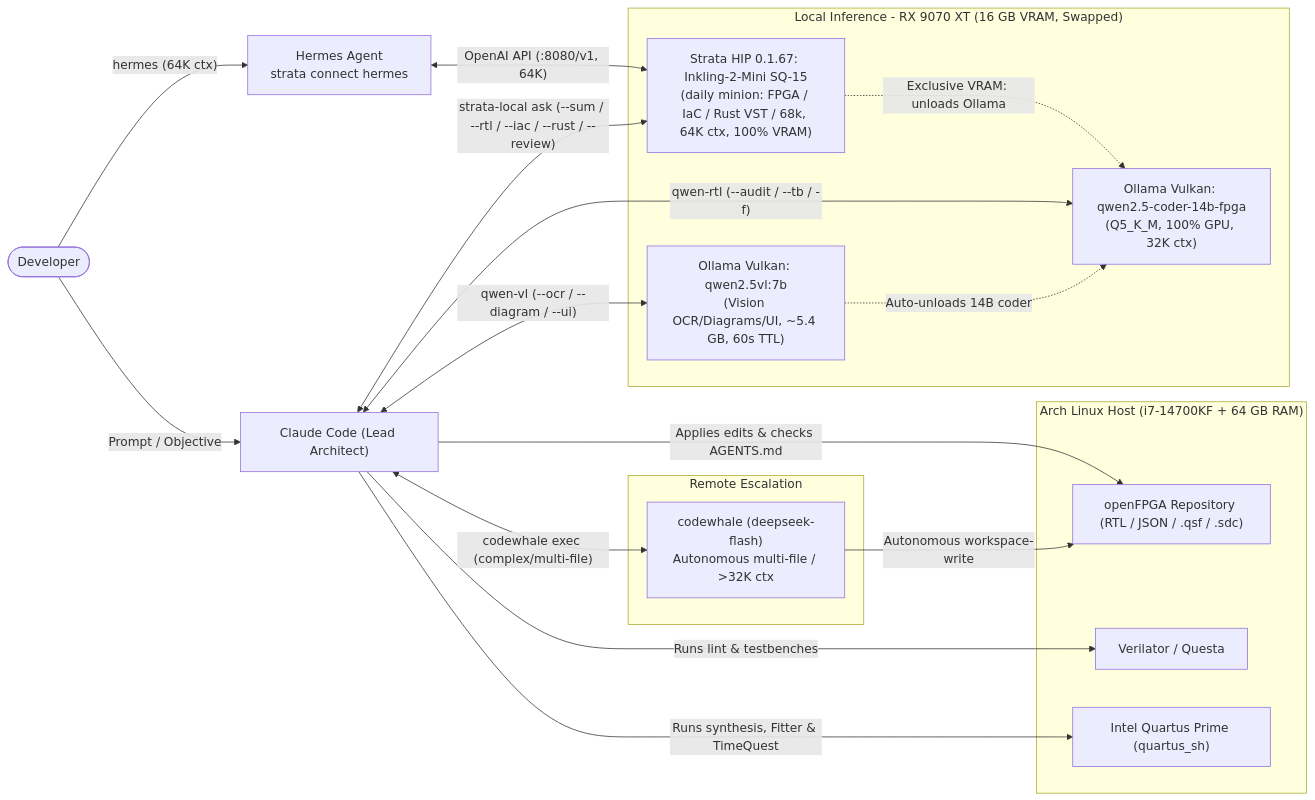
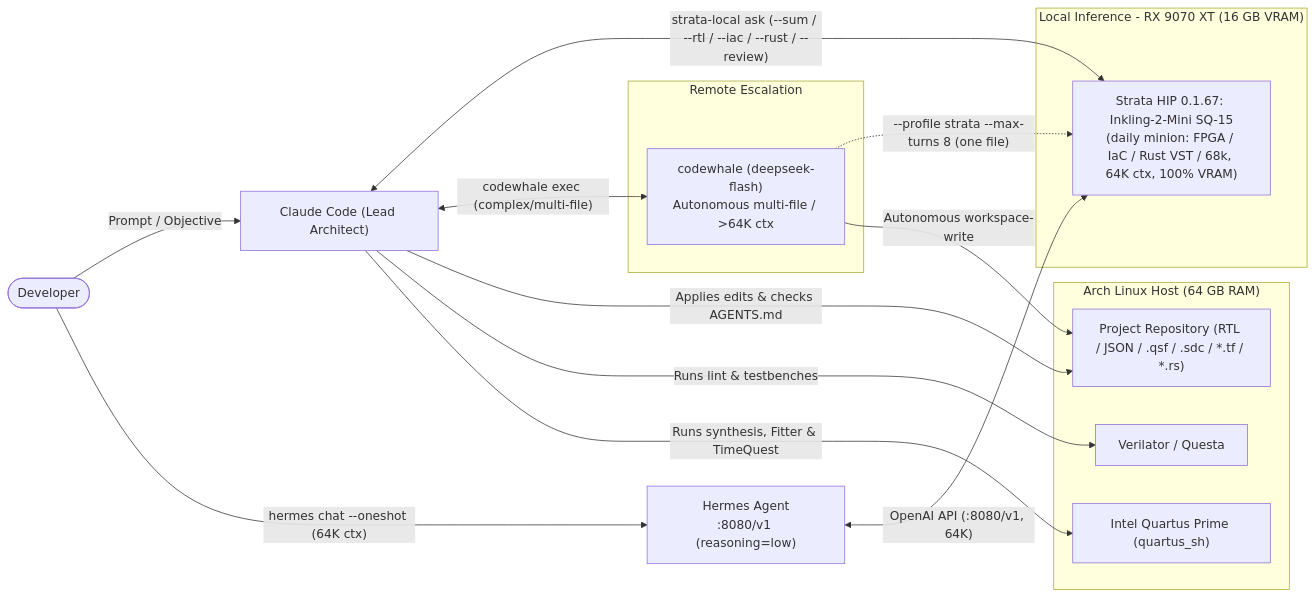
The first of 3 diagrams in docs/ai-fpga-workflow.md (DanimanX/9070FpgaIAWorkflow), drawn with Mermaid before and after one commit. The commit also changed other lines of this file and 1 other file, not shown here.

Commit message:
docs: remove Ollama/Qwen sections and simplify workflow to Strata Inkling-2-Mini + codewhale

````diff
--- a/docs/ai-fpga-workflow.md
+++ b/docs/ai-fpga-workflow.md
@@ -14,33 +14,28 @@
 ```mermaid
 flowchart LR
     Dev(["Developer"]) -->|"Prompt / Objective"| Claude["Claude Code (Lead Architect)"]
-    Dev -->|"hermes (64K ctx)"| Hermes["Hermes Agent<br/>strata connect hermes"]
+    Dev -->|"hermes chat --oneshot (64K ctx)"| Hermes["Hermes Agent<br/>:8080/v1 (reasoning=low)"]
 
-    subgraph LocalGPU["Local Inference - RX 9070 XT (16 GB VRAM, Swapped)"]
+    subgraph LocalGPU["Local Inference - RX 9070 XT (16 GB VRAM)"]
         Strata["Strata HIP 0.1.67: Inkling-2-Mini SQ-15<br/>(daily minion: FPGA / IaC / Rust VST / 68k, 64K ctx, 100% VRAM)"]
-        Qwen["Ollama Vulkan: qwen2.5-coder-14b-fpga<br/>(Q5_K_M, 100% GPU, 32K ctx)"]
-        QwenVL["Ollama Vulkan: qwen2.5vl:7b<br/>(Vision OCR/Diagrams/UI, ~5.4 GB, 60s TTL)"]
     end
 
     subgraph CloudAPI["Remote Escalation"]
-        CW["codewhale (deepseek-flash)<br/>Autonomous multi-file / >32K ctx"]
+        CW["codewhale (deepseek-flash)<br/>Autonomous multi-file / >64K ctx"]
     end
 
-    subgraph Toolchain["Arch Linux Host (i7-14700KF + 64 GB RAM)"]
-        FS["openFPGA Repository (RTL / JSON / .qsf / .sdc)"]
+    subgraph Toolchain["Arch Linux Host (64 GB RAM)"]
+        FS["Project Repository (RTL / JSON / .qsf / .sdc / *.tf / *.rs)"]
         Sim["Verilator / Questa"]
         Quartus["Intel Quartus Prime (quartus_sh)"]
     end
 
     Hermes <-->|"OpenAI API (:8080/v1, 64K)"| Strata
     Claude <-->|"strata-local ask (--sum / --rtl / --iac / --rust / --review)"| Strata
-    Strata -.->|"Exclusive VRAM: unloads Ollama"| Qwen
-    Claude <-->|"qwen-rtl (--audit / --tb / -f)"| Qwen
-    Claude <-->|"qwen-vl (--ocr / --diagram / --ui)"| QwenVL
-    QwenVL -.->|"Auto-unloads 14B coder"| Qwen
+    CW -.->|"--profile strata --max-turns 8 (one file)"| Strata
     Claude <-->|"codewhale exec (complex/multi-file)"| CW
     Claude -->|"Applies edits & checks AGENTS.md"| FS
     CW -->|"Autonomous workspace-write"| FS
     Claude -->|"Runs lint & testbenches"| Sim
     Claude -->|"Runs synthesis, Fitter & TimeQuest"| Quartus
 ```
````
